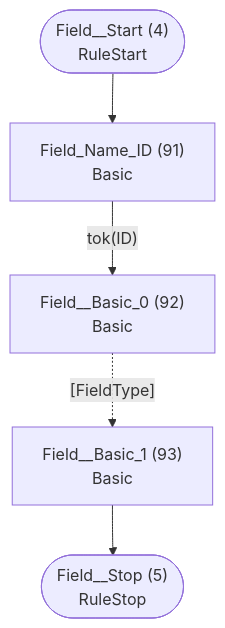
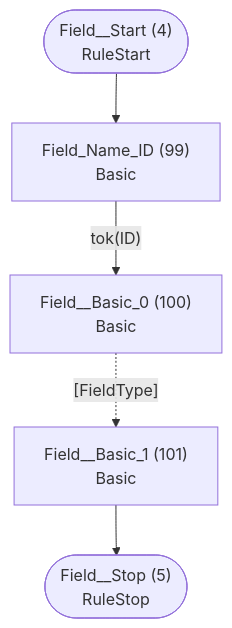
Before and after one commit to TypeFox/fastbelt: the third of 29 diagrams in internal/grammar/atn.md, drawn with Mermaid. The commit also changed other lines of this file and 41 other files, not shown here.

````diff
--- a/internal/grammar/atn.md
+++ b/internal/grammar/atn.md
@@ -112,13 +117,13 @@
 ```mermaid
 flowchart TD
     q4(["Field__Start (4)<br/>RuleStart"])
     q5(["Field__Stop (5)<br/>RuleStop"])
-    q91["Field_Name_ID (91)<br/>Basic<br/>"]
-    q92["Field__Basic_0 (92)<br/>Basic<br/>"]
-    q93["Field__Basic_1 (93)<br/>Basic<br/>"]
+    q99["Field_Name_ID (99)<br/>Basic<br/>"]
+    q100["Field__Basic_0 (100)<br/>Basic<br/>"]
+    q101["Field__Basic_1 (101)<br/>Basic<br/>"]
 
-    q4 --> q91
-    q91 -->|"tok(ID)"| q92
-    q92 -.->|"[FieldType]"| q93
-    q93 --> q5
+    q4 --> q99
+    q99 -->|"tok(ID)"| q100
+    q100 -.->|"[FieldType]"| q101
+    q101 --> q5
 ```
````
